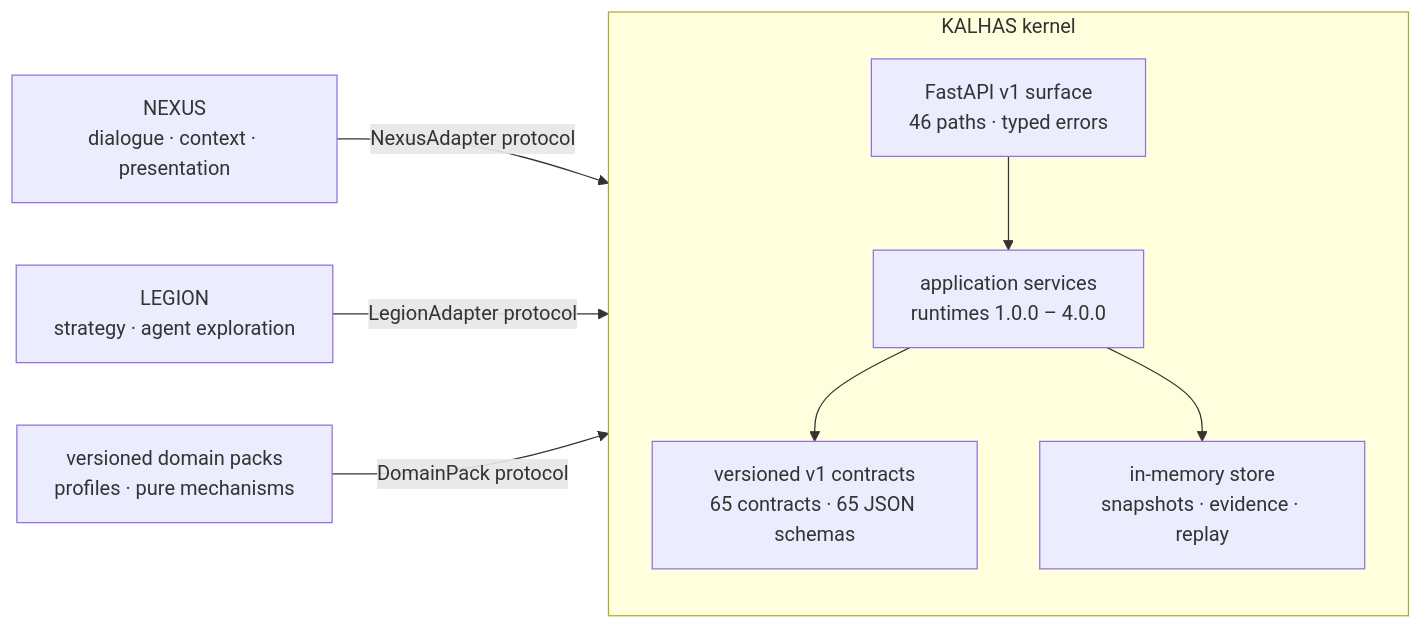
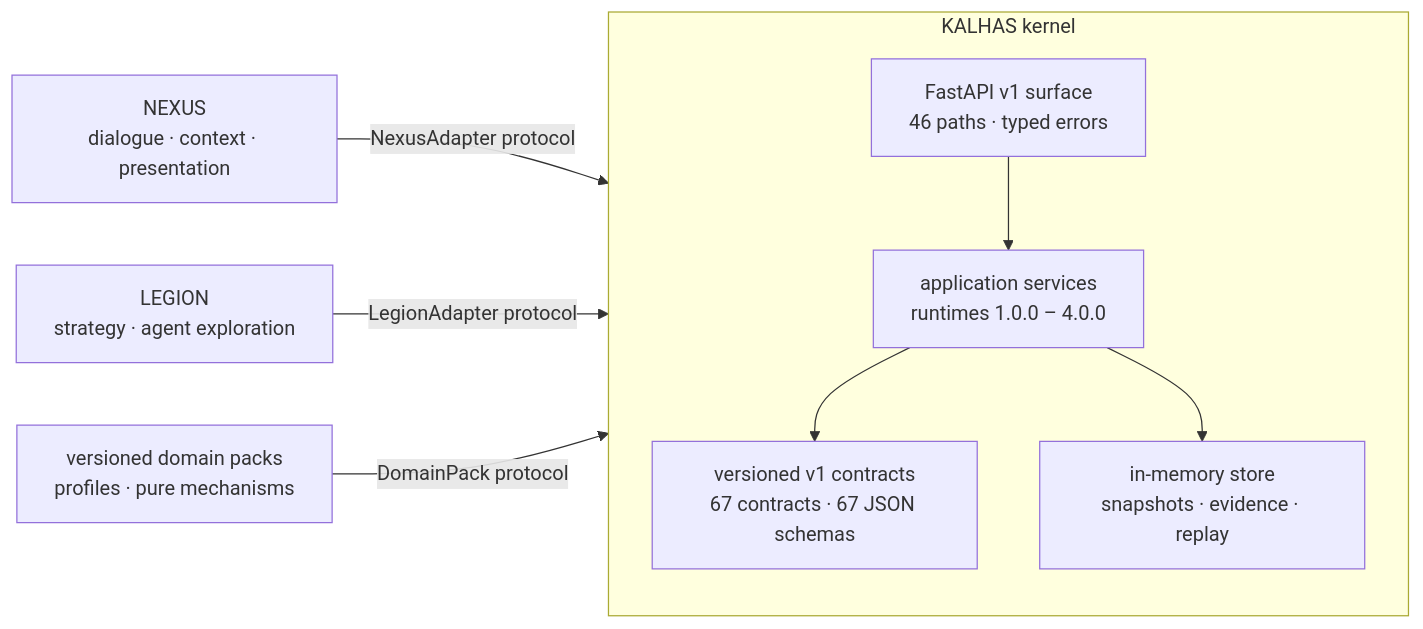
The diagram in README.md (Encomm-Tensor-Intelligence/Encomm_Kalhas), drawn with Mermaid before and after one commit. The commit also changed other lines of this file and 15 other files, not shown here.

````diff
--- a/README.md
+++ b/README.md
@@ -82,21 +82,21 @@
 ```mermaid
 flowchart LR
     NEXUS["NEXUS<br/>dialogue · context · presentation"]
     LEGION["LEGION<br/>strategy · agent exploration"]
 
     subgraph KALHAS["KALHAS kernel"]
         direction TB
         API["FastAPI v1 surface<br/>46 paths · typed errors"]
         APP["application services<br/>runtimes 1.0.0 – 4.0.0"]
-        CON["versioned v1 contracts<br/>65 contracts · 65 JSON schemas"]
+        CON["versioned v1 contracts<br/>67 contracts · 67 JSON schemas"]
         STORE["in-memory store<br/>snapshots · evidence · replay"]
         API --> APP --> CON
         APP --> STORE
     end
 
     PACK["versioned domain packs<br/>profiles · pure mechanisms"]
 
     NEXUS -->|NexusAdapter protocol| API
     LEGION -->|LegionAdapter protocol| API
     PACK -->|DomainPack protocol| APP
 ```
````
